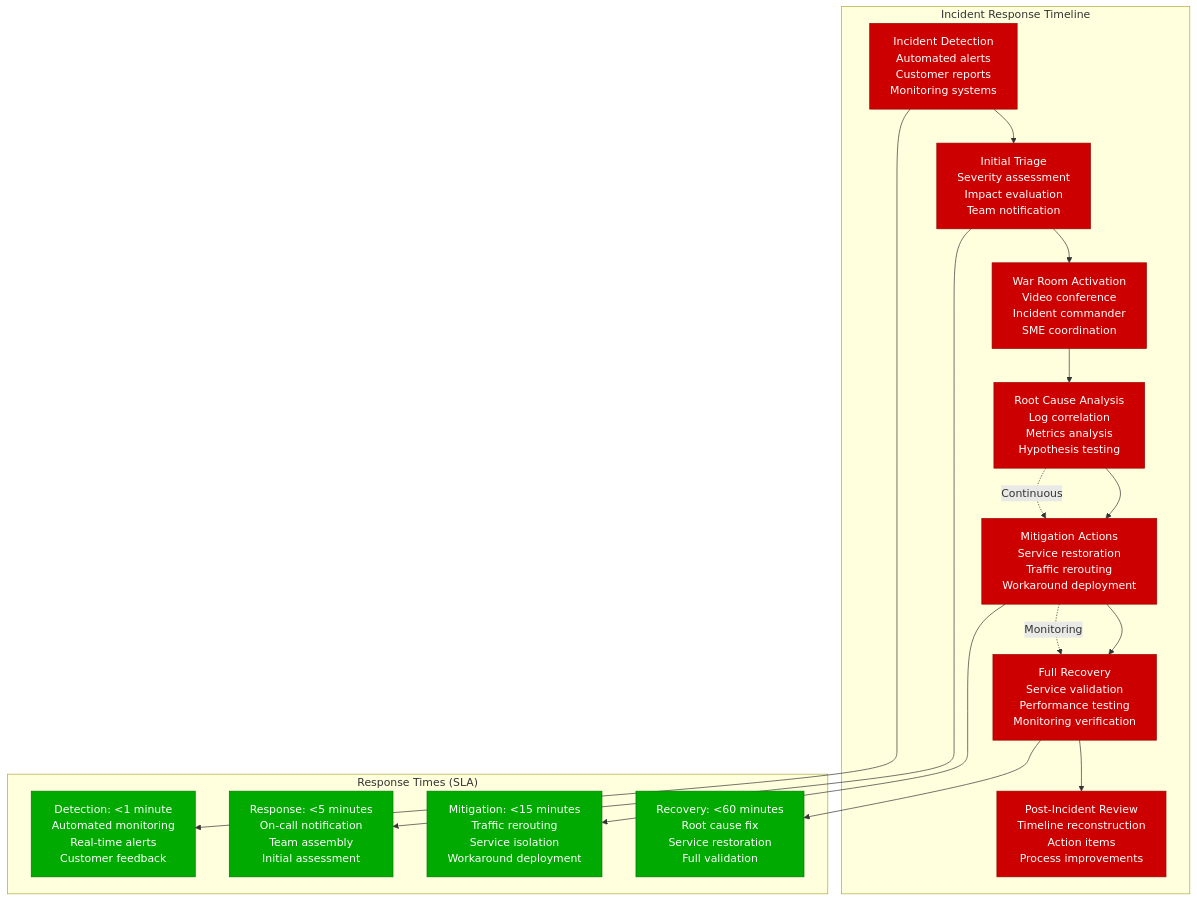
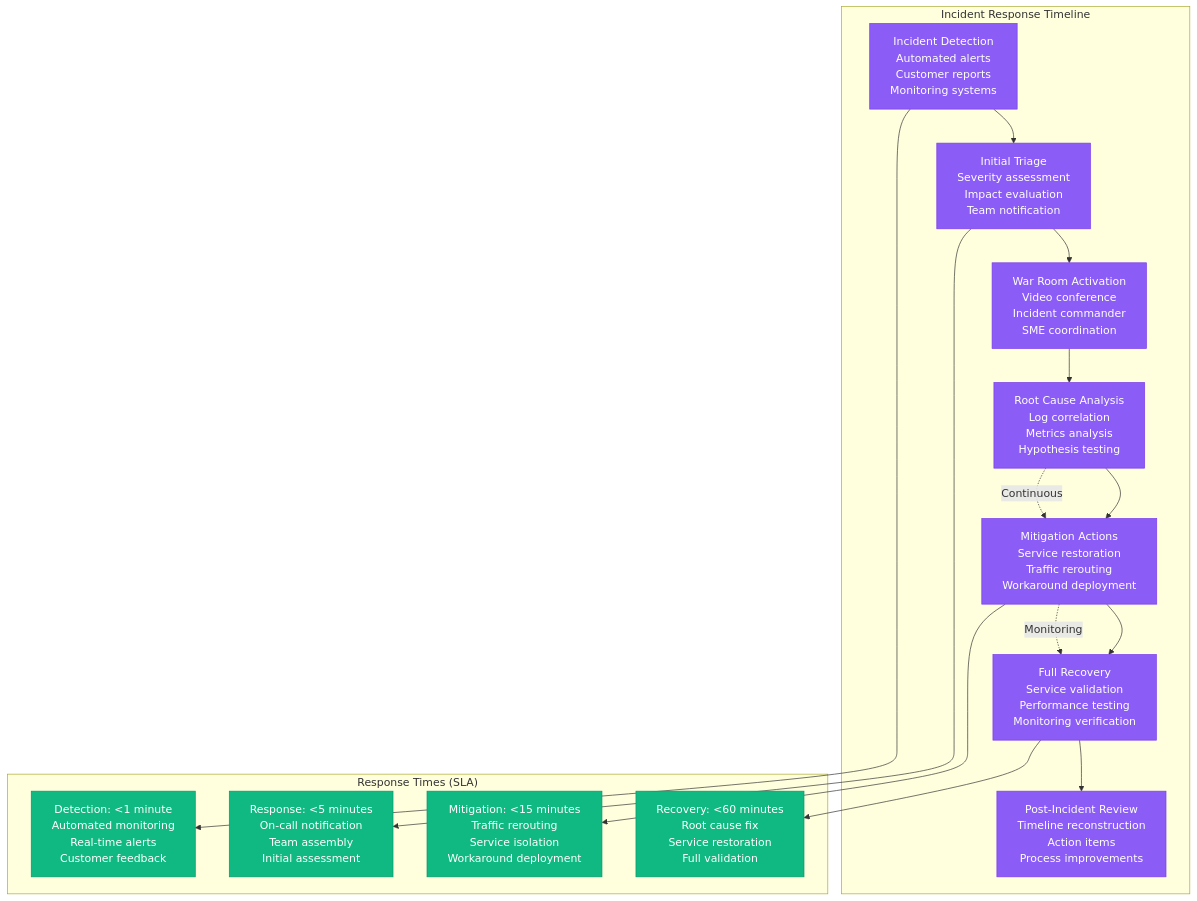
The sixth of 8 diagrams in site/docs/systems/cloudflare/production-operations.md (deepaucksharma/DS), drawn with Mermaid before and after one commit. The commit also changed other lines of this file and 303 other files, not shown here.

````diff
--- a/site/docs/systems/cloudflare/production-operations.md
+++ b/site/docs/systems/cloudflare/production-operations.md
@@ -278,52 +278,52 @@
 ```mermaid
 graph TB
     subgraph "Incident Response Timeline"
         DETECTION[Incident Detection<br/>Automated alerts<br/>Customer reports<br/>Monitoring systems]
 
         TRIAGE[Initial Triage<br/>Severity assessment<br/>Impact evaluation<br/>Team notification]
 
         WAR_ROOM_START[War Room Activation<br/>Video conference<br/>Incident commander<br/>SME coordination]
 
         INVESTIGATION[Root Cause Analysis<br/>Log correlation<br/>Metrics analysis<br/>Hypothesis testing]
 
         MITIGATION[Mitigation Actions<br/>Service restoration<br/>Traffic rerouting<br/>Workaround deployment]
 
         RECOVERY[Full Recovery<br/>Service validation<br/>Performance testing<br/>Monitoring verification]
 
         POSTMORTEM[Post-Incident Review<br/>Timeline reconstruction<br/>Action items<br/>Process improvements]
     end
 
     %% Timeline flow
     DETECTION --> TRIAGE
     TRIAGE --> WAR_ROOM_START
     WAR_ROOM_START --> INVESTIGATION
     INVESTIGATION --> MITIGATION
     MITIGATION --> RECOVERY
     RECOVERY --> POSTMORTEM
 
     %% Parallel activities
     INVESTIGATION -.->|Continuous| MITIGATION
     MITIGATION -.->|Monitoring| RECOVERY
 
     subgraph "Response Times (SLA)"
         DETECT_TIME[Detection: <1 minute<br/>Automated monitoring<br/>Real-time alerts<br/>Customer feedback]
 
         RESPONSE_TIME[Response: <5 minutes<br/>On-call notification<br/>Team assembly<br/>Initial assessment]
 
         MITIGATION_TIME[Mitigation: <15 minutes<br/>Traffic rerouting<br/>Service isolation<br/>Workaround deployment]
 
         RECOVERY_TIME[Recovery: <60 minutes<br/>Root cause fix<br/>Service restoration<br/>Full validation]
     end
 
     DETECTION --> DETECT_TIME
     TRIAGE --> RESPONSE_TIME
     MITIGATION --> MITIGATION_TIME
     RECOVERY --> RECOVERY_TIME
 
     %% Apply incident colors
-    classDef processStyle fill:#CC0000,stroke:#990000,color:#fff
-    classDef slaStyle fill:#00AA00,stroke:#007700,color:#fff
+    classDef processStyle fill:#8B5CF6,stroke:#7C3AED,color:#fff
+    classDef slaStyle fill:#10B981,stroke:#059669,color:#fff
 
     class DETECTION,TRIAGE,WAR_ROOM_START,INVESTIGATION,MITIGATION,RECOVERY,POSTMORTEM processStyle
     class DETECT_TIME,RESPONSE_TIME,MITIGATION_TIME,RECOVERY_TIME slaStyle
 ```
````
